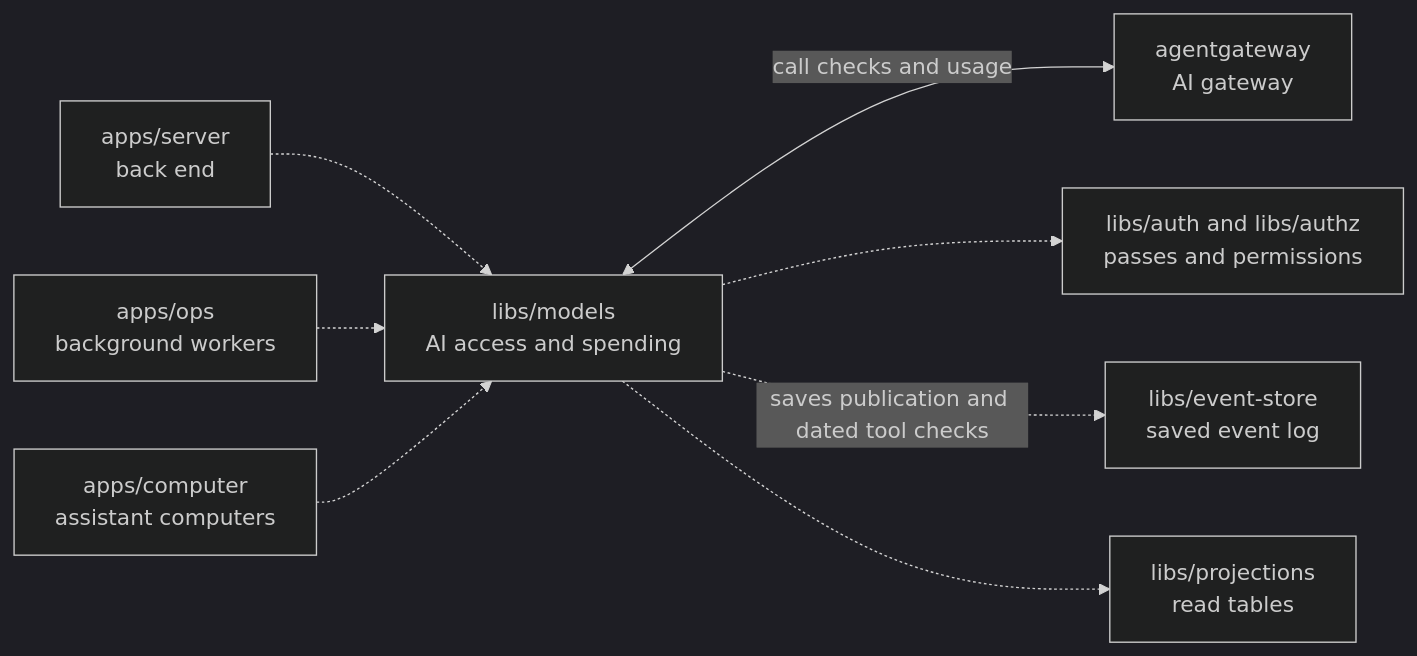
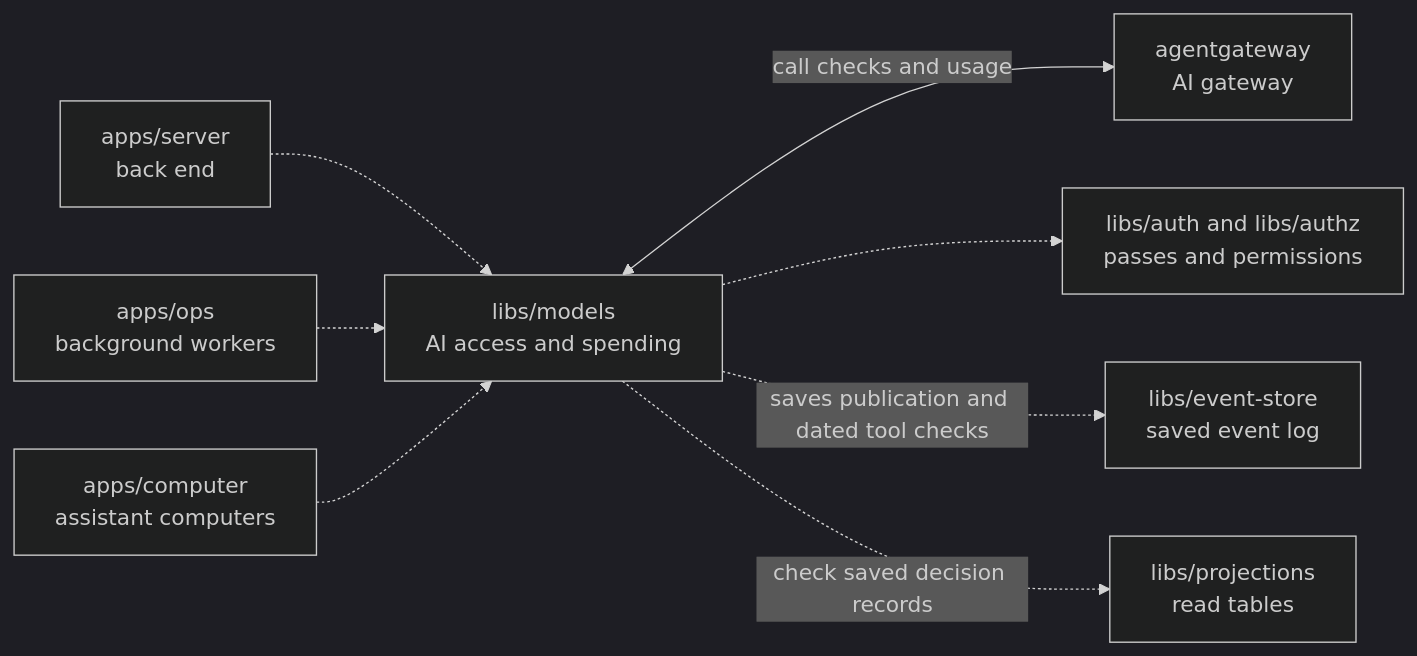
One commit to elewa-git/opencrane-new changed the diagram in libs/models/README.md. Above: the diagram before and after it, drawn with Mermaid (dark theme). The commit also changed other lines of this file and 105 other files, not shown here.

````diff
--- a/libs/models/README.md
+++ b/libs/models/README.md
@@ -21,10 +22,10 @@
 ```mermaid
 flowchart LR
   server["apps/server<br/>back end"] -.-> models["libs/models<br/>AI access and spending"]
   ops["apps/ops<br/>background workers"] -.-> models
   computer["apps/computer<br/>assistant computers"] -.-> models
   models <-->|call checks and usage| gateway["agentgateway<br/>AI gateway"]
   models -.-> auth["libs/auth and libs/authz<br/>passes and permissions"]
   models -.->|saves publication and dated tool checks| store["libs/event-store<br/>saved event log"]
-  models -.-> projections["libs/projections<br/>read tables"]
+  models -.->|check saved decision records| projections["libs/projections<br/>read tables"]
 ```
````
